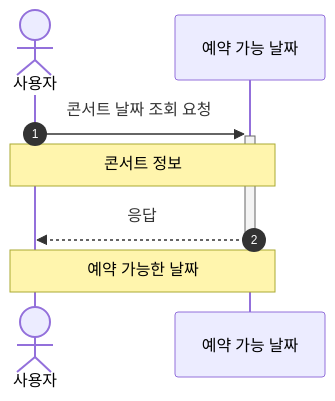
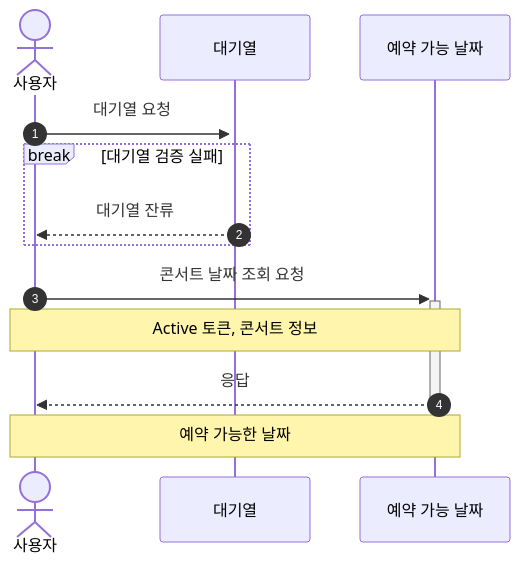
The second of 7 diagrams in README.md (kdelay/Concert-Booking), drawn with Mermaid before and after one commit. The commit also changed other lines of this file, not shown here.

Commit message:
docs: [#1] 대기열 검증 Active 토큰 요청 데이터 추가, 좌석 예약에 대한 상태 lock 걸기

````diff
--- a/README.md
+++ b/README.md
@@ -95,9 +81,15 @@
 ```mermaid
 sequenceDiagram
     autonumber
     actor 사용자
+
+    사용자 ->>+ 대기열: 대기열 요청
+    break 대기열 검증 실패
+      대기열 -->> 사용자: 대기열 잔류
+    end
+  
     사용자 ->>+ 예약 가능 날짜: 콘서트 날짜 조회 요청
-    Note over 사용자, 예약 가능 날짜: 콘서트 정보
+    Note over 사용자, 예약 가능 날짜: Active 토큰, 콘서트 정보
     예약 가능 날짜 -->>- 사용자: 응답
     Note over 사용자, 예약 가능 날짜: 예약 가능한 날짜
 ```
````
